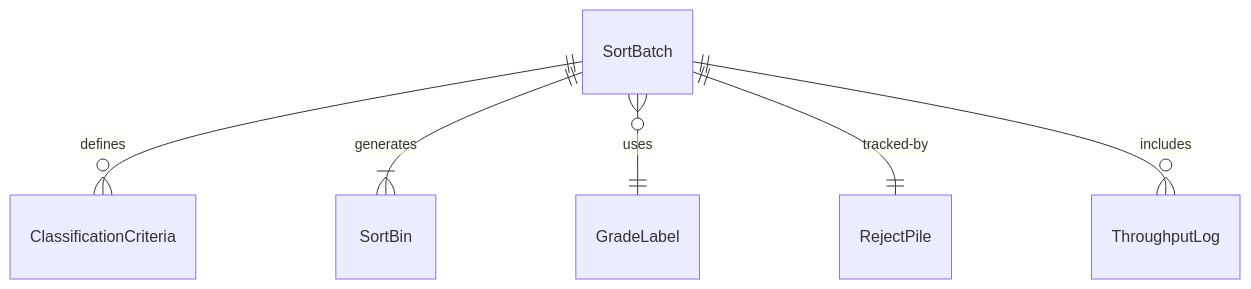
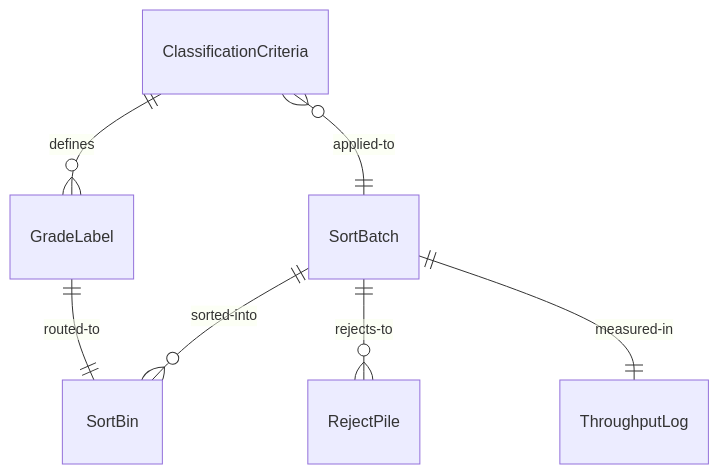
One commit to dot-org-ai/tasks.org.ai changed the first of 4 diagrams in HandlingAndMovingObjects/HandleBaggageOrCargo/SortClassifyMaterialsProducts.mdx. Above: the diagram before and after it, drawn with Mermaid. The commit also changed other lines of this file and 515 other files, not shown here.

````diff
--- a/HandlingAndMovingObjects/HandleBaggageOrCargo/SortClassifyMaterialsProducts.mdx
+++ b/HandlingAndMovingObjects/HandleBaggageOrCargo/SortClassifyMaterialsProducts.mdx
@@ -88,8 +88,9 @@
 ```mermaid
 erDiagram
-    SortBatch ||--o{ ClassificationCriteria : "defines"
-    SortBatch ||--|{ SortBin : "generates"
-    SortBatch }o--|| GradeLabel : "uses"
-    SortBatch ||--|| RejectPile : "tracked-by"
-    SortBatch ||--o{ ThroughputLog : "includes"
+    ClassificationCriteria ||--o{ GradeLabel : "defines"
+    SortBatch ||--o{ SortBin : "sorted-into"
+    GradeLabel ||--|| SortBin : "routed-to"
+    SortBatch ||--o{ RejectPile : "rejects-to"
+    SortBatch ||--|| ThroughputLog : "measured-in"
+    ClassificationCriteria }o--|| SortBatch : "applied-to"
 ```
````
